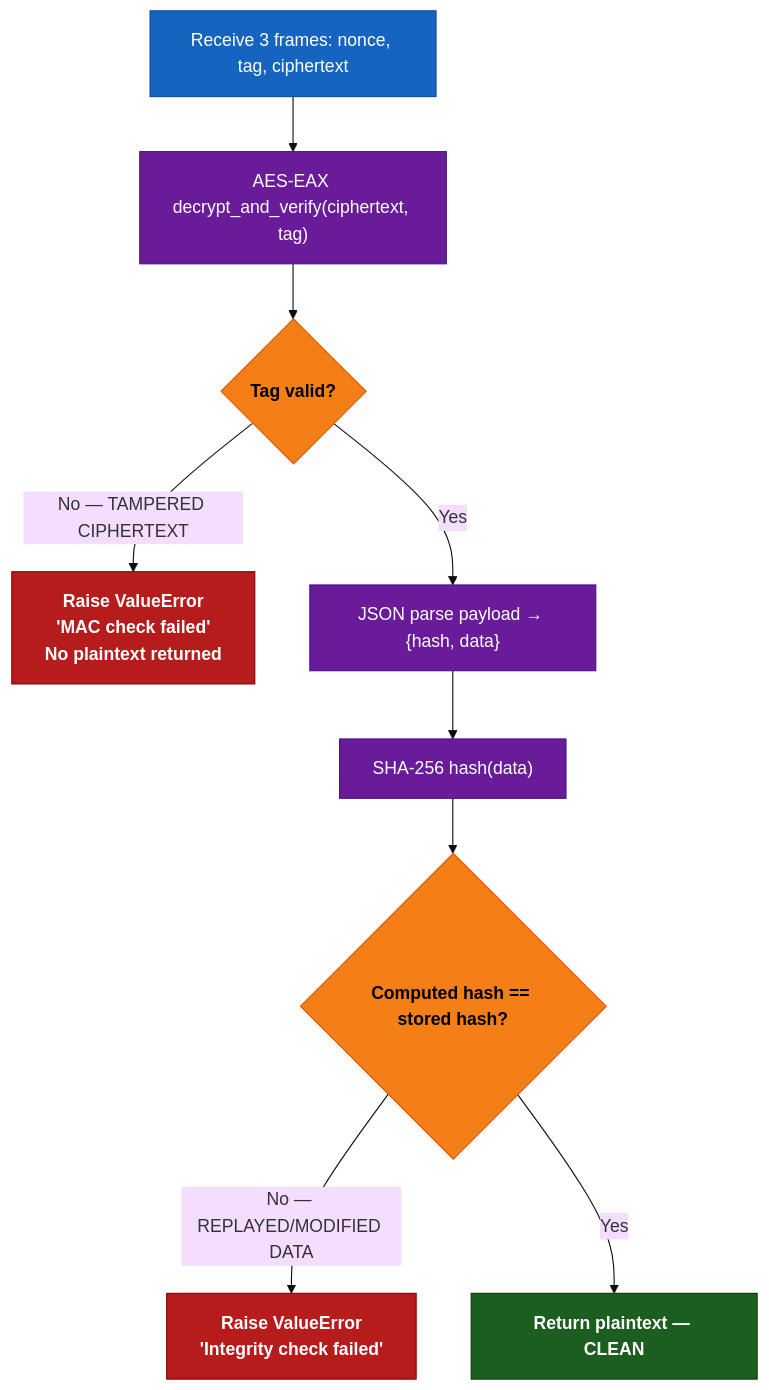
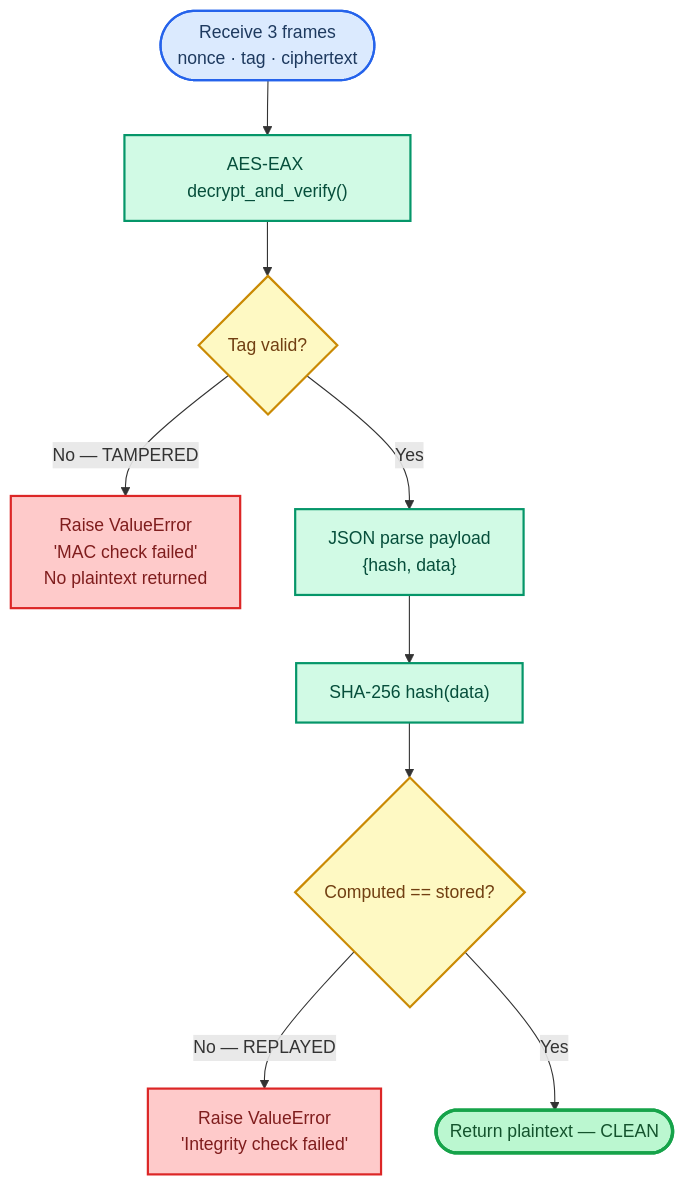
One commit to HeshamAfandi/Secure-Communication-System changed the seventh of 14 diagrams in PROJECT_DOCUMENTATION.md. Above: the diagram before and after it, drawn with Mermaid. The commit also changed other lines of this file, not shown here.

````diff
--- a/PROJECT_DOCUMENTATION.md
+++ b/PROJECT_DOCUMENTATION.md
@@ -708,19 +745,29 @@
 ```mermaid
-%%{init: {'theme': 'base'}}%%
 flowchart TD
-    classDef input    fill:#1565C0,stroke:#0D47A1,color:#FFFFFF
-    classDef process  fill:#6A1B9A,stroke:#4A148C,color:#FFFFFF
-    classDef decision fill:#F57F17,stroke:#E65100,color:#000000,font-weight:bold
-    classDef success  fill:#1B5E20,stroke:#0D3B00,color:#FFFFFF,font-weight:bold
-    classDef failure  fill:#B71C1C,stroke:#7F0000,color:#FFFFFF,font-weight:bold
+    R(["Receive 3 frames<br/>nonce · tag · ciphertext"])
+    D["AES-EAX decrypt_and_verify()"]
+    E{"Tag valid?"}
+    ERR1["Raise ValueError<br/>'MAC check failed'<br/>No plaintext returned"]
+    F["JSON parse payload<br/>{hash, data}"]
+    G["SHA-256 hash(data)"]
+    H{"Computed == stored?"}
+    ERR2["Raise ValueError<br/>'Integrity check failed'"]
+    OK(["Return plaintext — CLEAN"])
 
-    R["Receive 3 frames: nonce, tag, ciphertext"]:::input --> D
-    D["AES-EAX decrypt_and_verify(ciphertext, tag)"]:::process
-    D --> E{Tag valid?}:::decision
-    E -->|No — TAMPERED CIPHERTEXT| ERR1["Raise ValueError<br/>'MAC check failed'<br/>No plaintext returned"]:::failure
-    E -->|Yes| F["JSON parse payload → {hash, data}"]:::process
-    F --> G["SHA-256 hash(data)"]:::process
-    G --> H{Computed hash == stored hash?}:::decision
-    H -->|No — REPLAYED/MODIFIED DATA| ERR2["Raise ValueError<br/>'Integrity check failed'"]:::failure
-    H -->|Yes| OK["Return plaintext — CLEAN"]:::success
+    R --> D --> E
+    E -->|No — TAMPERED| ERR1
+    E -->|Yes| F
+    F --> G --> H
+    H -->|No — REPLAYED| ERR2
+    H -->|Yes| OK
+
+    style R    fill:#dbeafe,stroke:#2563eb,stroke-width:2px,color:#1e3a5f
+    style D    fill:#d1fae5,stroke:#059669,stroke-width:2px,color:#064e3b
+    style E    fill:#fef9c3,stroke:#ca8a04,stroke-width:2px,color:#713f12
+    style ERR1 fill:#fecaca,stroke:#dc2626,stroke-width:2px,color:#7f1d1d
+    style F    fill:#d1fae5,stroke:#059669,stroke-width:2px,color:#064e3b
+    style G    fill:#d1fae5,stroke:#059669,stroke-width:2px,color:#064e3b
+    style H    fill:#fef9c3,stroke:#ca8a04,stroke-width:2px,color:#713f12
+    style ERR2 fill:#fecaca,stroke:#dc2626,stroke-width:2px,color:#7f1d1d
+    style OK   fill:#bbf7d0,stroke:#16a34a,stroke-width:3px,color:#14532d
 ```
````
